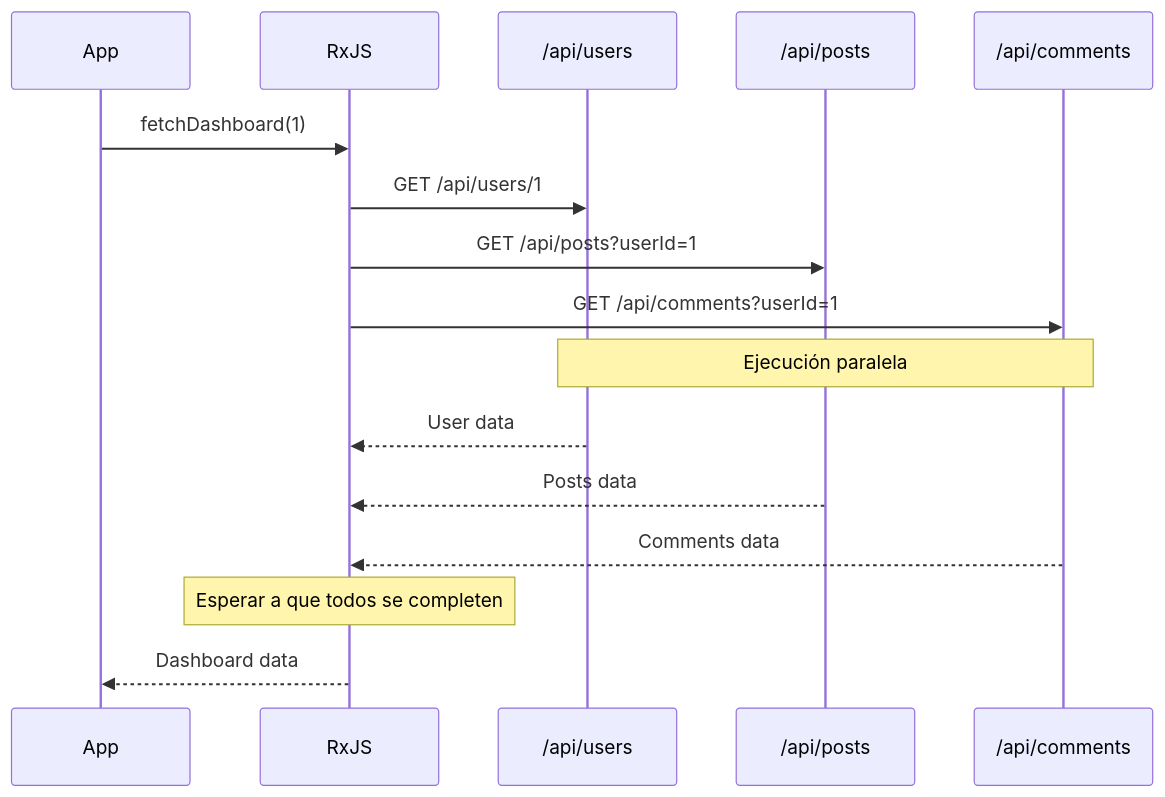
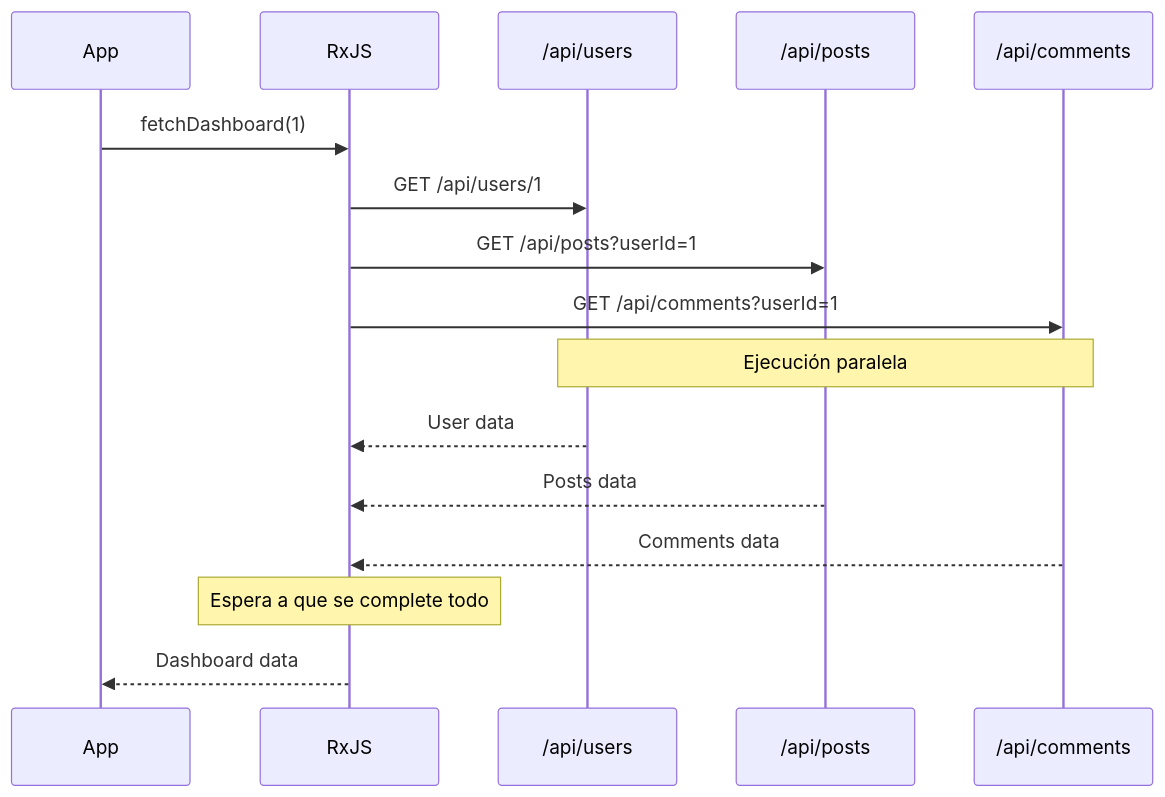
The first of 2 diagrams in docs/es/guide/practical-patterns/api-calls.md (shuji-bonji/RxJS-with-TypeScript), drawn with Mermaid before and after one commit. The commit also changed other lines of this file and 61 other files, not shown here.

````diff
--- a/docs/es/guide/practical-patterns/api-calls.md
+++ b/docs/es/guide/practical-patterns/api-calls.md
@@ -259,23 +368,23 @@
 ```mermaid
 sequenceDiagram
     participant App
     participant RxJS
     participant API1 as /api/users
     participant API2 as /api/posts
     participant API3 as /api/comments
 
     App->>RxJS: fetchDashboard(1)
     RxJS->>API1: GET /api/users/1
     RxJS->>API2: GET /api/posts?userId=1
     RxJS->>API3: GET /api/comments?userId=1
 
     Note over API1,API3: Ejecución paralela
 
     API1-->>RxJS: User data
     API2-->>RxJS: Posts data
     API3-->>RxJS: Comments data
 
-    Note over RxJS: Esperar a que todos se completen
+    Note over RxJS: Espera a que se complete todo
 
     RxJS-->>App: Dashboard data
 ```
````
